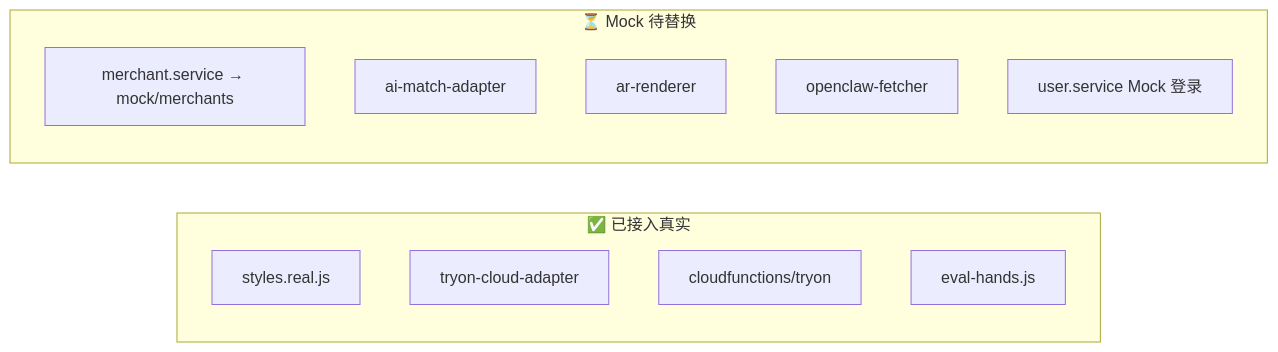
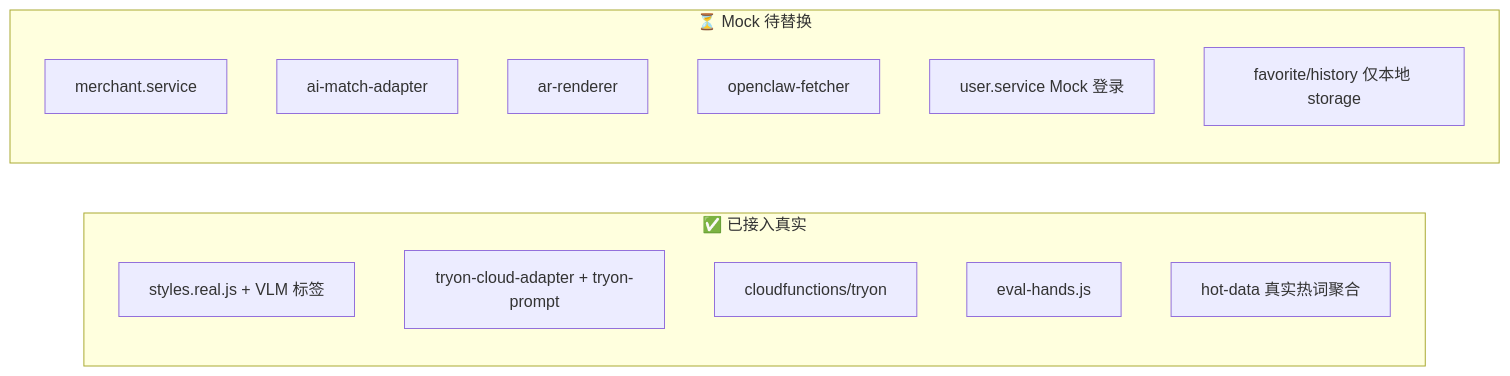
One commit to Icarus-2001/nailmirror-v1.0.3-20260527 changed the fifth of 5 diagrams in docs/CODEGRAPH.md. Above: the diagram before and after it, drawn with Mermaid. The commit also changed other lines of this file, not shown here.

````diff
--- a/docs/CODEGRAPH.md
+++ b/docs/CODEGRAPH.md
@@ -177,16 +222,18 @@
 ```mermaid
 flowchart LR
   subgraph real [✅ 已接入真实]
-    R1[styles.real.js]
-    R2[tryon-cloud-adapter]
+    R1[styles.real.js + VLM 标签]
+    R2[tryon-cloud-adapter + tryon-prompt]
     R3[cloudfunctions/tryon]
     R4[eval-hands.js]
+    R5[hot-data 真实热词聚合]
   end
   subgraph mock [⏳ Mock 待替换]
-    M1[merchant.service → mock/merchants]
+    M1[merchant.service]
     M2[ai-match-adapter]
     M3[ar-renderer]
     M4[openclaw-fetcher]
     M5[user.service Mock 登录]
+    M6[favorite/history 仅本地 storage]
   end
 ```
````
